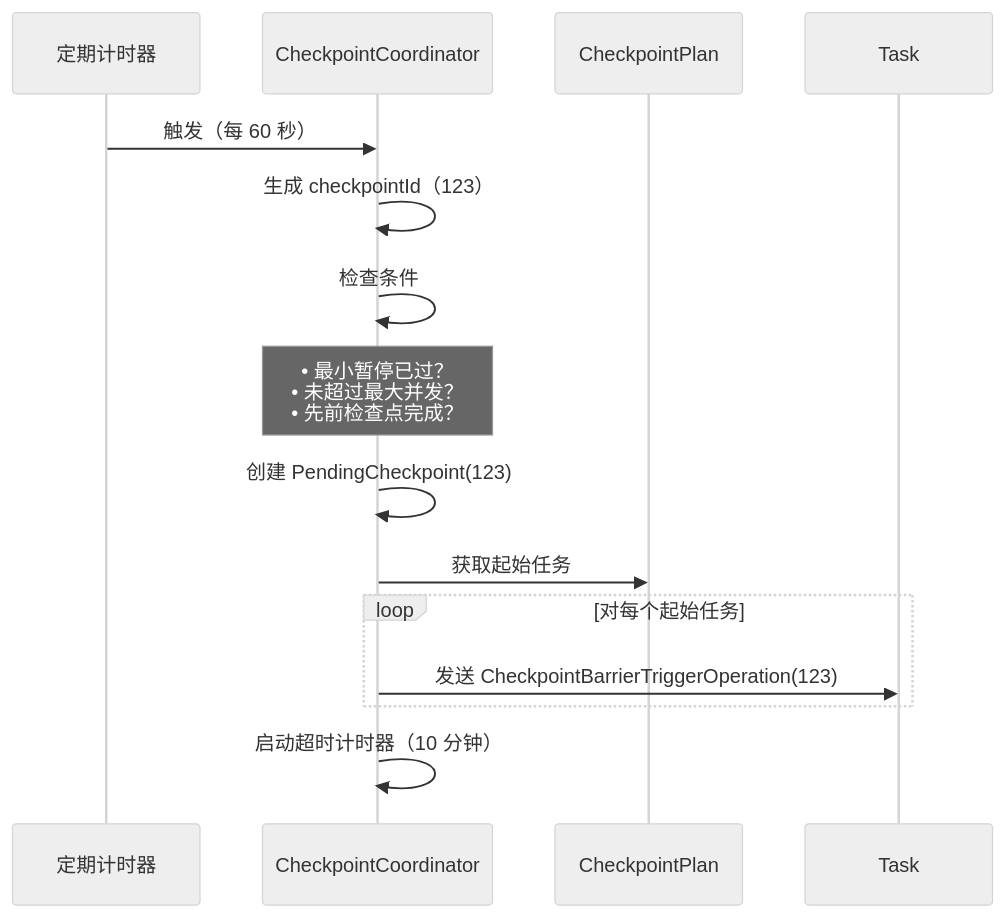
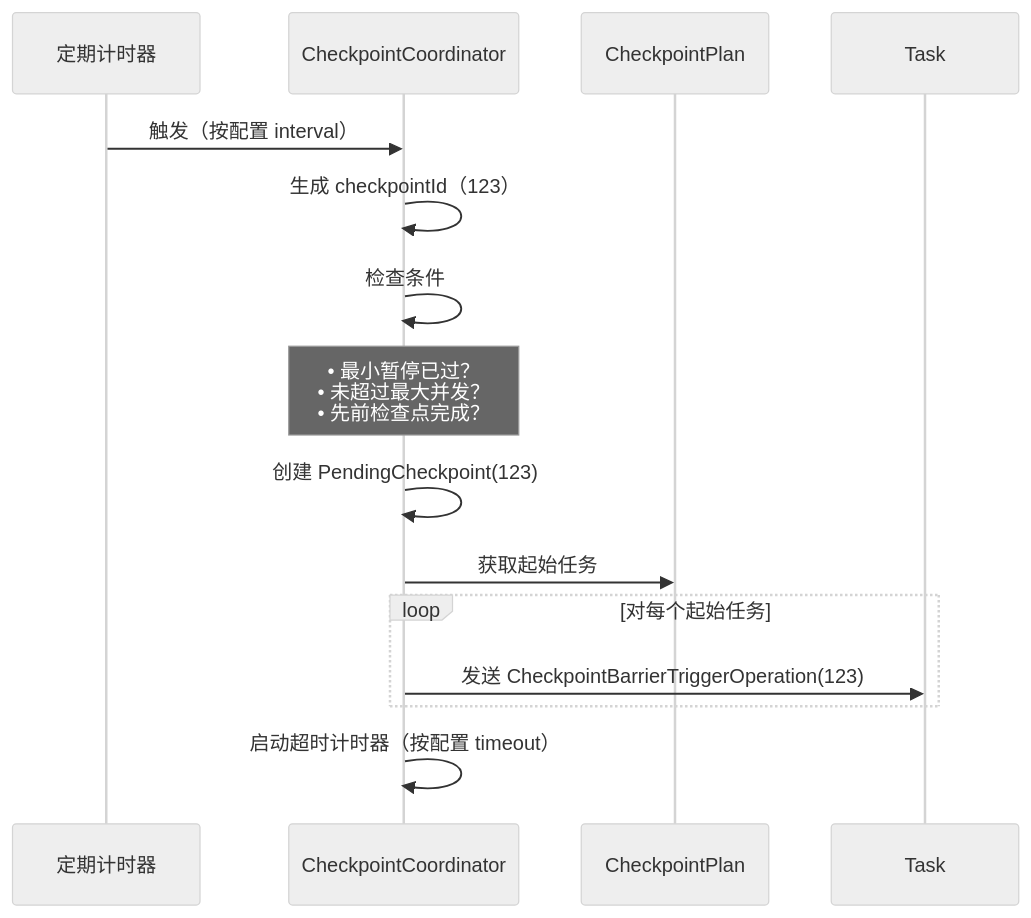
The first of 4 diagrams in docs/zh/architecture/fault-tolerance/checkpoint-mechanism.md (apache/seatunnel), drawn with Mermaid (neutral theme) before and after one commit. The commit also changed other lines of this file and 12 other files, not shown here.

Commit message:
Docs: review and refine architecture documents for accuracy

````diff
--- a/docs/zh/architecture/fault-tolerance/checkpoint-mechanism.md
+++ b/docs/zh/architecture/fault-tolerance/checkpoint-mechanism.md
@@ -179,21 +177,21 @@
 ```mermaid
 sequenceDiagram
     participant Timer as 定期计时器
     participant Coord as CheckpointCoordinator
     participant Plan as CheckpointPlan
 
-    Timer->>Coord: 触发（每 60 秒）
+    Timer->>Coord: 触发（按配置 interval）
     Coord->>Coord: 生成 checkpointId（123）
 
     Coord->>Coord: 检查条件
     Note over Coord: • 最小暂停已过？<br/>• 未超过最大并发？<br/>• 先前检查点完成？
 
     Coord->>Coord: 创建 PendingCheckpoint(123)
     Coord->>Plan: 获取起始任务
 
     loop 对每个起始任务
         Coord->>Task: 发送 CheckpointBarrierTriggerOperation(123)
     end
 
-    Coord->>Coord: 启动超时计时器（10 分钟）
+    Coord->>Coord: 启动超时计时器（按配置 timeout）
 ```
````
